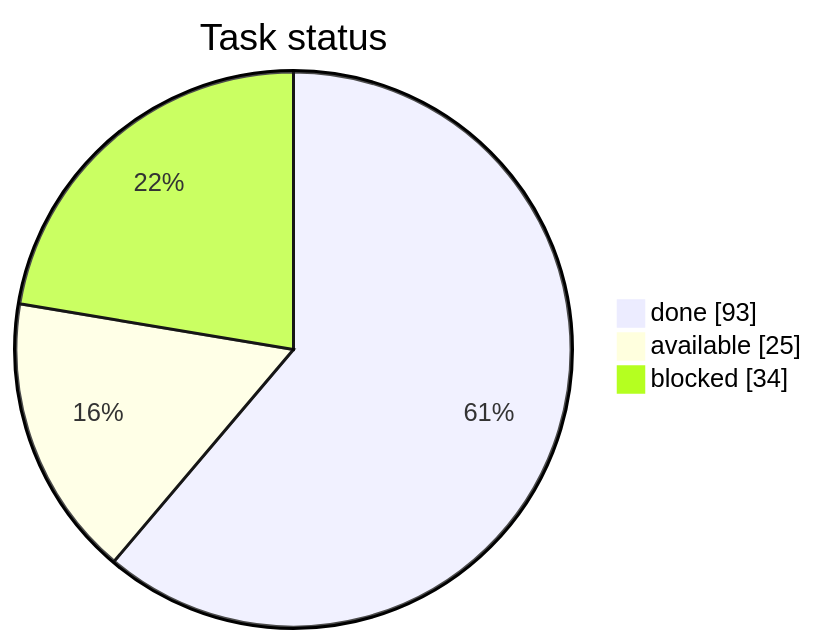
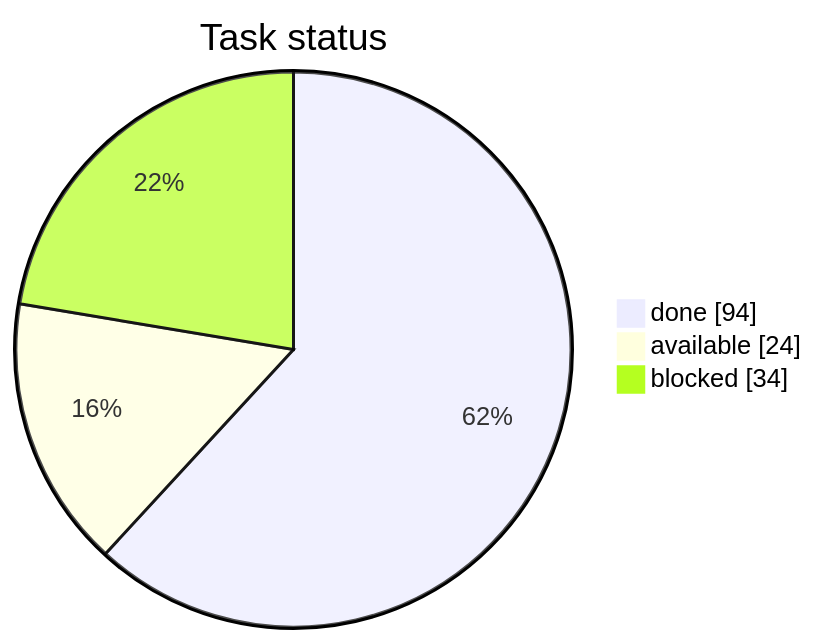
One commit to artemiiShabanov/RallyRivals changed the first of 3 diagrams in STATUS.md. Above: the diagram before and after it, drawn with Mermaid. The commit also changed other lines of this file and 6 other files, not shown here.

````diff
--- a/STATUS.md
+++ b/STATUS.md
@@ -7,7 +7,7 @@
 ```mermaid
 pie showData
     title Task status
-    "done" : 93
-    "available" : 25
+    "done" : 94
+    "available" : 24
     "blocked" : 34
 ```
````
